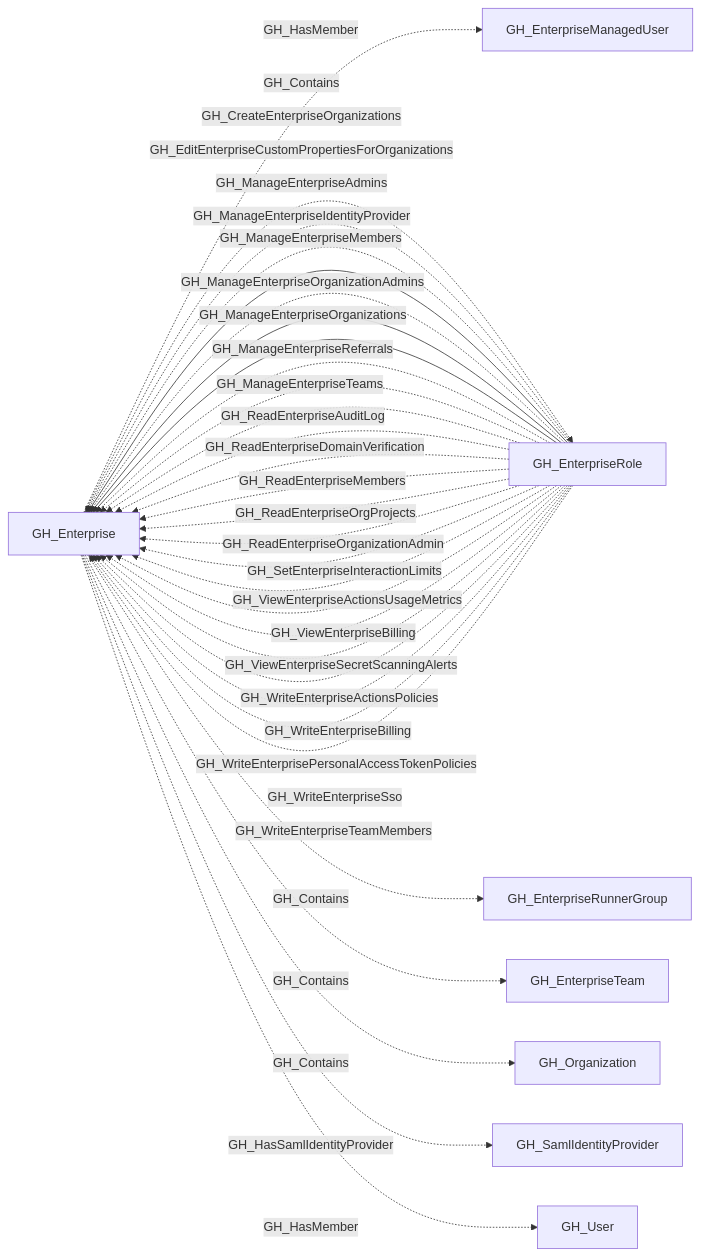
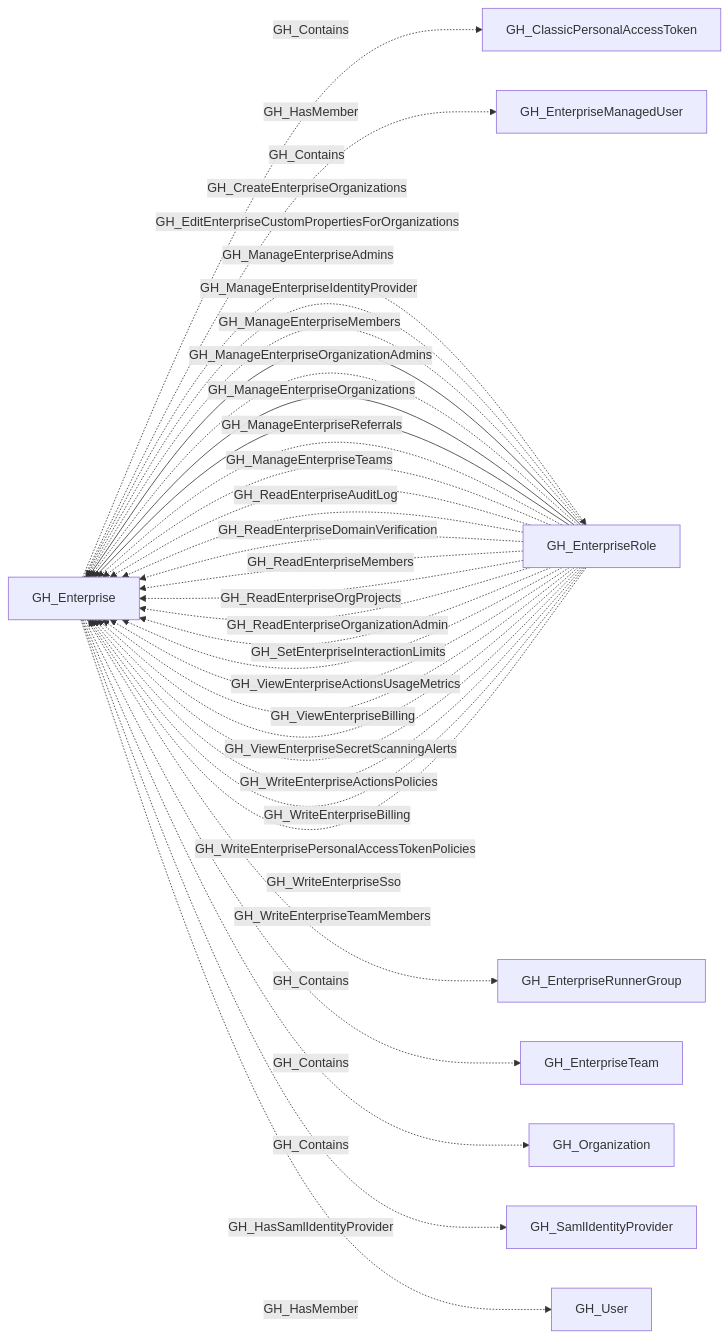
The diagram in descriptions/nodes/GH_Enterprise.md (SpecterOps/openhound-github), drawn with Mermaid before and after one commit. The commit also changed 18 other files, not shown here.

Commit message:
Collect classic PATs from enterprise credential exports

````diff
--- a/descriptions/nodes/GH_Enterprise.md
+++ b/descriptions/nodes/GH_Enterprise.md
@@ -34,41 +34,43 @@
 ```mermaid
 graph LR
     n0["GH_Enterprise"]
-    n1["GH_EnterpriseManagedUser"]
-    n2["GH_EnterpriseRole"]
-    n3["GH_EnterpriseRunnerGroup"]
-    n4["GH_EnterpriseTeam"]
-    n5["GH_Organization"]
-    n6["GH_SamlIdentityProvider"]
-    n7["GH_User"]
-    n0 -.->|GH_HasMember| n1
-    n0 -.->|GH_Contains| n2
+    n1["GH_ClassicPersonalAccessToken"]
+    n2["GH_EnterpriseManagedUser"]
+    n3["GH_EnterpriseRole"]
+    n4["GH_EnterpriseRunnerGroup"]
+    n5["GH_EnterpriseTeam"]
+    n6["GH_Organization"]
+    n7["GH_SamlIdentityProvider"]
+    n8["GH_User"]
+    n0 -.->|GH_Contains| n1
+    n0 -.->|GH_HasMember| n2
     n0 -.->|GH_Contains| n3
     n0 -.->|GH_Contains| n4
     n0 -.->|GH_Contains| n5
-    n0 -.->|GH_HasSamlIdentityProvider| n6
-    n0 -.->|GH_HasMember| n7
-    n2 -.->|GH_CreateEnterpriseOrganizations| n0
-    n2 -.->|GH_EditEnterpriseCustomPropertiesForOrganizations| n0
-    n2 -->|GH_ManageEnterpriseAdmins| n0
-    n2 -.->|GH_ManageEnterpriseIdentityProvider| n0
-    n2 -->|GH_ManageEnterpriseMembers| n0
-    n2 -->|GH_ManageEnterpriseOrganizationAdmins| n0
-    n2 -.->|GH_ManageEnterpriseOrganizations| n0
-    n2 -.->|GH_ManageEnterpriseReferrals| n0
-    n2 -.->|GH_ManageEnterpriseTeams| n0
-    n2 -.->|GH_ReadEnterpriseAuditLog| n0
-    n2 -.->|GH_ReadEnterpriseDomainVerification| n0
-    n2 -.->|GH_ReadEnterpriseMembers| n0
-    n2 -.->|GH_ReadEnterpriseOrgProjects| n0
-    n2 -.->|GH_ReadEnterpriseOrganizationAdmin| n0
-    n2 -.->|GH_SetEnterpriseInteractionLimits| n0
-    n2 -.->|GH_ViewEnterpriseActionsUsageMetrics| n0
-    n2 -.->|GH_ViewEnterpriseBilling| n0
-    n2 -.->|GH_ViewEnterpriseSecretScanningAlerts| n0
-    n2 -.->|GH_WriteEnterpriseActionsPolicies| n0
-    n2 -.->|GH_WriteEnterpriseBilling| n0
-    n2 -.->|GH_WriteEnterprisePersonalAccessTokenPolicies| n0
-    n2 -.->|GH_WriteEnterpriseSso| n0
-    n2 -.->|GH_WriteEnterpriseTeamMembers| n0
+    n0 -.->|GH_Contains| n6
+    n0 -.->|GH_HasSamlIdentityProvider| n7
+    n0 -.->|GH_HasMember| n8
+    n3 -.->|GH_CreateEnterpriseOrganizations| n0
+    n3 -.->|GH_EditEnterpriseCustomPropertiesForOrganizations| n0
+    n3 -->|GH_ManageEnterpriseAdmins| n0
+    n3 -.->|GH_ManageEnterpriseIdentityProvider| n0
+    n3 -->|GH_ManageEnterpriseMembers| n0
+    n3 -->|GH_ManageEnterpriseOrganizationAdmins| n0
+    n3 -.->|GH_ManageEnterpriseOrganizations| n0
+    n3 -.->|GH_ManageEnterpriseReferrals| n0
+    n3 -.->|GH_ManageEnterpriseTeams| n0
+    n3 -.->|GH_ReadEnterpriseAuditLog| n0
+    n3 -.->|GH_ReadEnterpriseDomainVerification| n0
+    n3 -.->|GH_ReadEnterpriseMembers| n0
+    n3 -.->|GH_ReadEnterpriseOrgProjects| n0
+    n3 -.->|GH_ReadEnterpriseOrganizationAdmin| n0
+    n3 -.->|GH_SetEnterpriseInteractionLimits| n0
+    n3 -.->|GH_ViewEnterpriseActionsUsageMetrics| n0
+    n3 -.->|GH_ViewEnterpriseBilling| n0
+    n3 -.->|GH_ViewEnterpriseSecretScanningAlerts| n0
+    n3 -.->|GH_WriteEnterpriseActionsPolicies| n0
+    n3 -.->|GH_WriteEnterpriseBilling| n0
+    n3 -.->|GH_WriteEnterprisePersonalAccessTokenPolicies| n0
+    n3 -.->|GH_WriteEnterpriseSso| n0
+    n3 -.->|GH_WriteEnterpriseTeamMembers| n0
 ```
````
